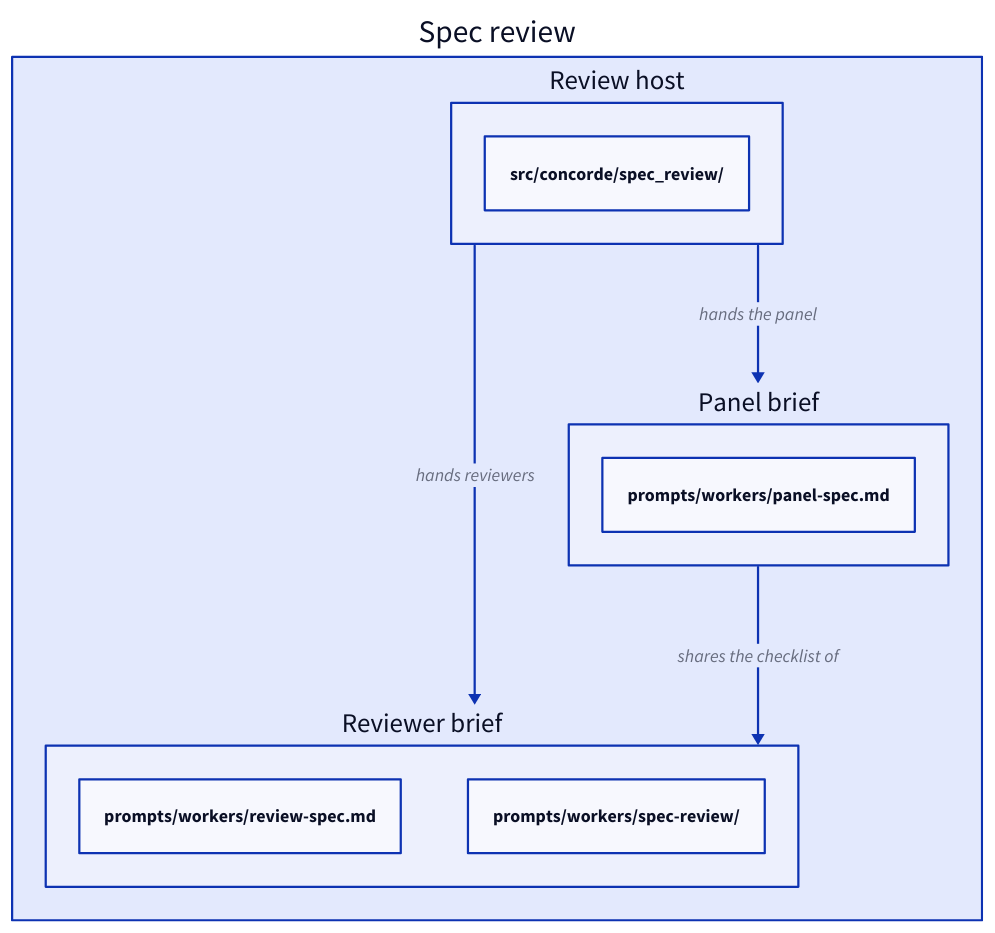
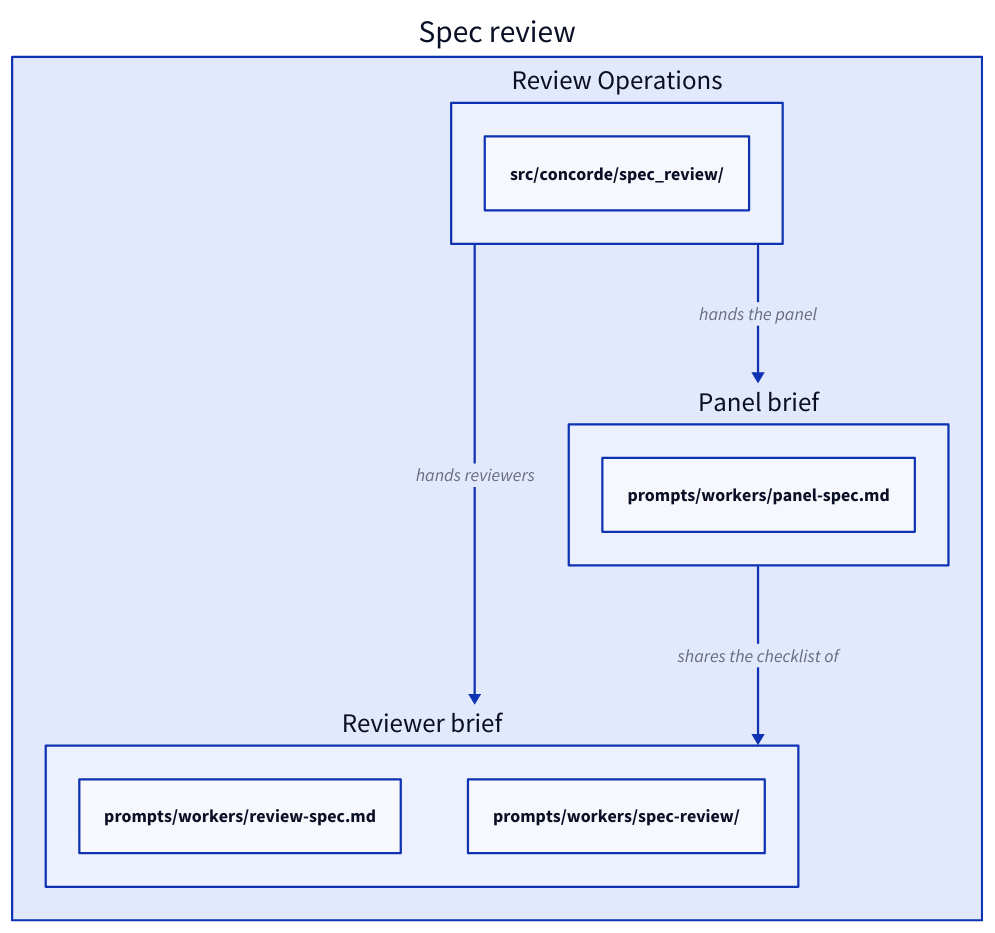
One commit to FTOD/concorde changed the first of 2 diagrams in specs/concorde/spec-tooling/spec-review/module.md. Above: the diagram before and after it, drawn with D2. The commit also changed other lines of this file and 339 other files, not shown here.

````diff
--- a/specs/concorde/spec-tooling/spec-review/module.md
+++ b/specs/concorde/spec-tooling/spec-review/module.md
@@ -124,17 +131,17 @@
 ```d2
 review: Spec review {
-  host: Review host {
+  host: Review Operations {
     "src/concorde/spec_review/"
   }
   checklist: Reviewer brief {
     "prompts/workers/review-spec.md"
     "prompts/workers/spec-review/"
   }
   panel: Panel brief {
     "prompts/workers/panel-spec.md"
   }
   host -> checklist: hands reviewers
   host -> panel: hands the panel
   panel -> checklist: shares the checklist of
 }
 ```
````
